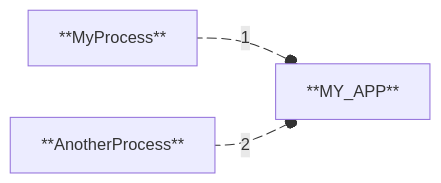
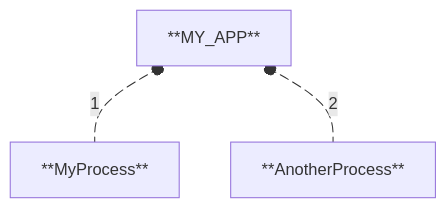
The fifth of 13 diagrams in README.md (nuremics/nuremics), drawn with Mermaid before and after one commit. The commit also changed other lines of this file, not shown here.

````diff
--- a/README.md
+++ b/README.md
@@ -180,7 +180,7 @@
 ```mermaid
-flowchart LR
+flowchart BT
   **MyProcess** e1@--1--o **MY_APP**
   **AnotherProcess** e2@--2--o **MY_APP**
   e1@{ animate: true }
   e2@{ animate: true }
 ```
````
